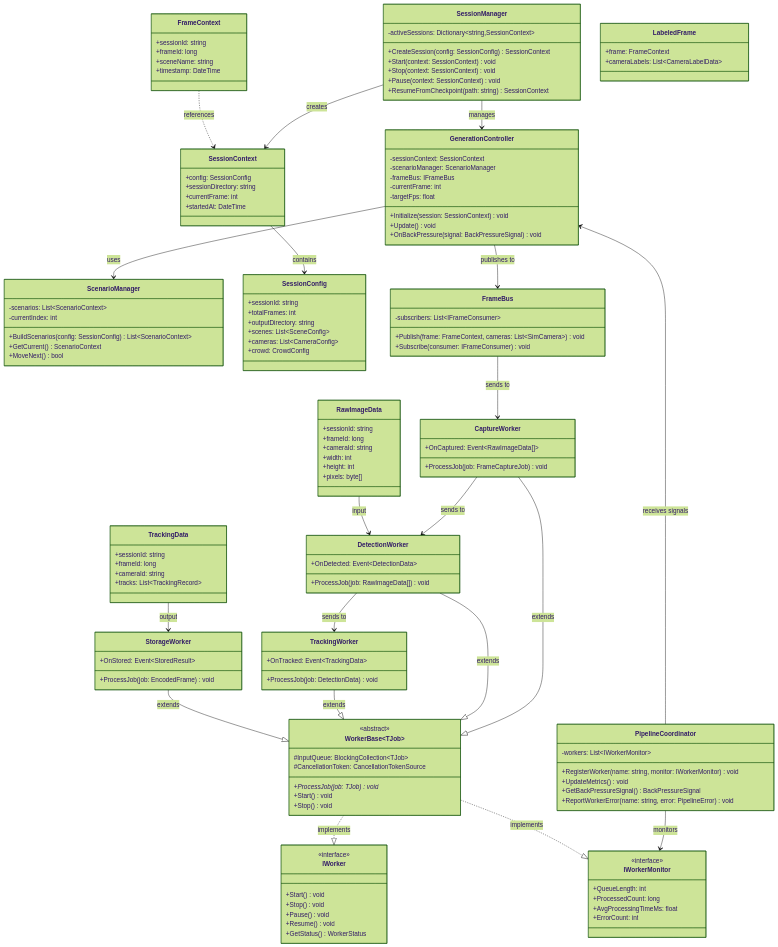
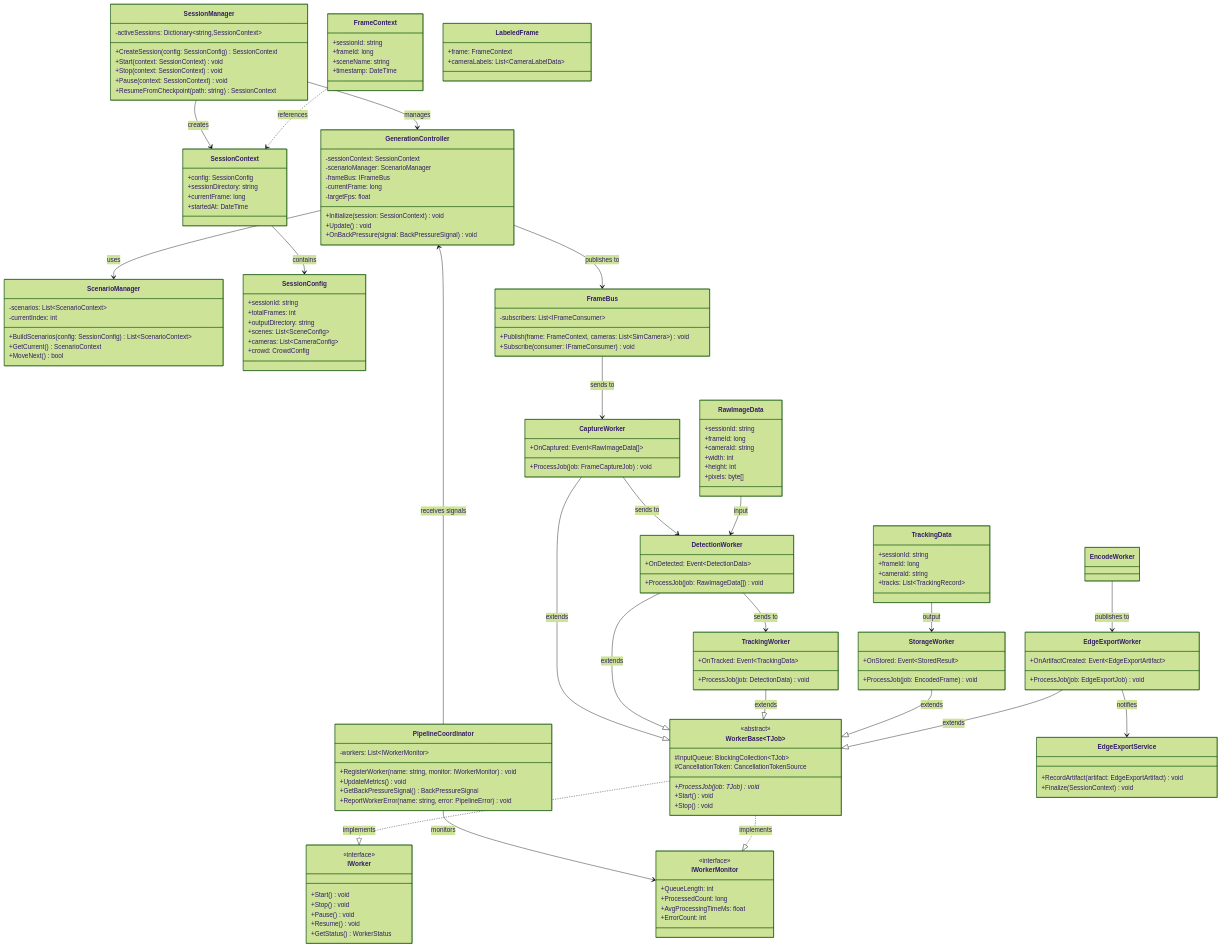
One commit to JinRobotics/Forge changed the diagram in docs/design/3_Class_Design_Document.md. Above: the diagram before and after it, drawn with Mermaid (forest theme). The commit also changed other lines of this file and 16 other files, not shown here.

````diff
--- a/docs/design/3_Class_Design_Document.md
+++ b/docs/design/3_Class_Design_Document.md
@@ -45,7 +46,7 @@
         -sessionContext: SessionContext
         -scenarioManager: ScenarioManager
         -frameBus: IFrameBus
-        -currentFrame: int
+        -currentFrame: long
         -targetFps: float
         +Initialize(session: SessionContext) void
         +Update() void
@@ -80,7 +81,7 @@
     class SessionContext {
         +config: SessionConfig
         +sessionDirectory: string
-        +currentFrame: int
+        +currentFrame: long
         +startedAt: DateTime
     }
 
@@ -157,6 +158,14 @@
         +ProcessJob(job: EncodedFrame) void
         +OnStored: Event~StoredResult~
     }
+    class EdgeExportWorker {
+        +ProcessJob(job: EdgeExportJob) void
+        +OnArtifactCreated: Event~EdgeExportArtifact~
+    }
+    class EdgeExportService {
+        +RecordArtifact(artifact: EdgeExportArtifact) void
+        +Finalize(SessionContext) void
+    }
 
     class FrameBus {
         -subscribers: List~IFrameConsumer~
@@ -180,11 +189,13 @@
     DetectionWorker --|> WorkerBase : extends
     TrackingWorker --|> WorkerBase : extends
     StorageWorker --|> WorkerBase : extends
+    EdgeExportWorker --|> WorkerBase : extends
 
     FrameBus --> CaptureWorker : sends to
     CaptureWorker --> DetectionWorker : sends to
     DetectionWorker --> TrackingWorker : sends to
-
+    EncodeWorker --> EdgeExportWorker : publishes to
+    EdgeExportWorker --> EdgeExportService : notifies
     RawImageData --> DetectionWorker : input
     TrackingData --> StorageWorker : output
 ```
````
